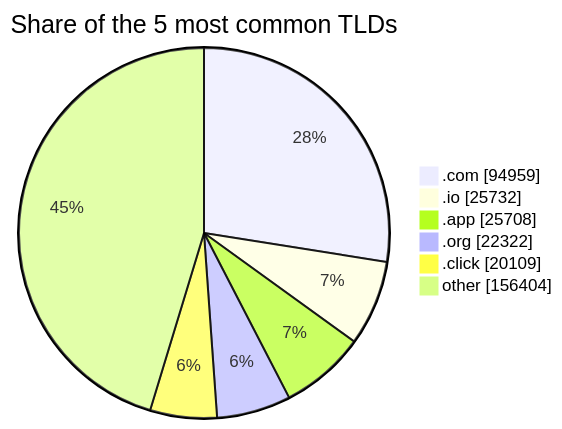
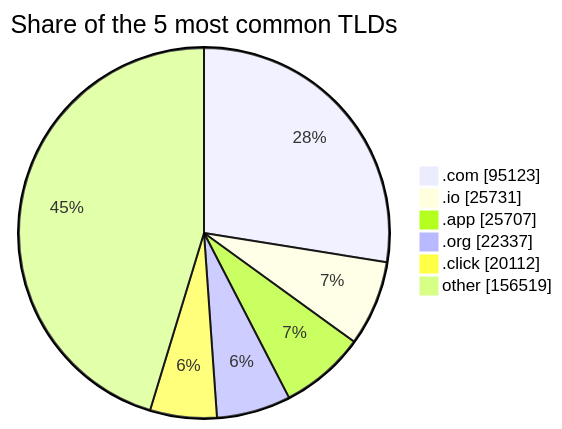
One commit to DNSBunker/CTI changed the third of 3 diagrams in README.md. Above: the diagram before and after it, drawn with Mermaid. The commit also changed other lines of this file and 3 other files, not shown here.

````diff
--- a/README.md
+++ b/README.md
@@ -81,9 +81,9 @@
 ```mermaid
 pie showData title Share of the 5 most common TLDs
-    ".com" : 94959
-    ".io" : 25732
-    ".app" : 25708
-    ".org" : 22322
-    ".click" : 20109
-    "other" : 156404
+    ".com" : 95123
+    ".io" : 25731
+    ".app" : 25707
+    ".org" : 22337
+    ".click" : 20112
+    "other" : 156519
 ```
````
